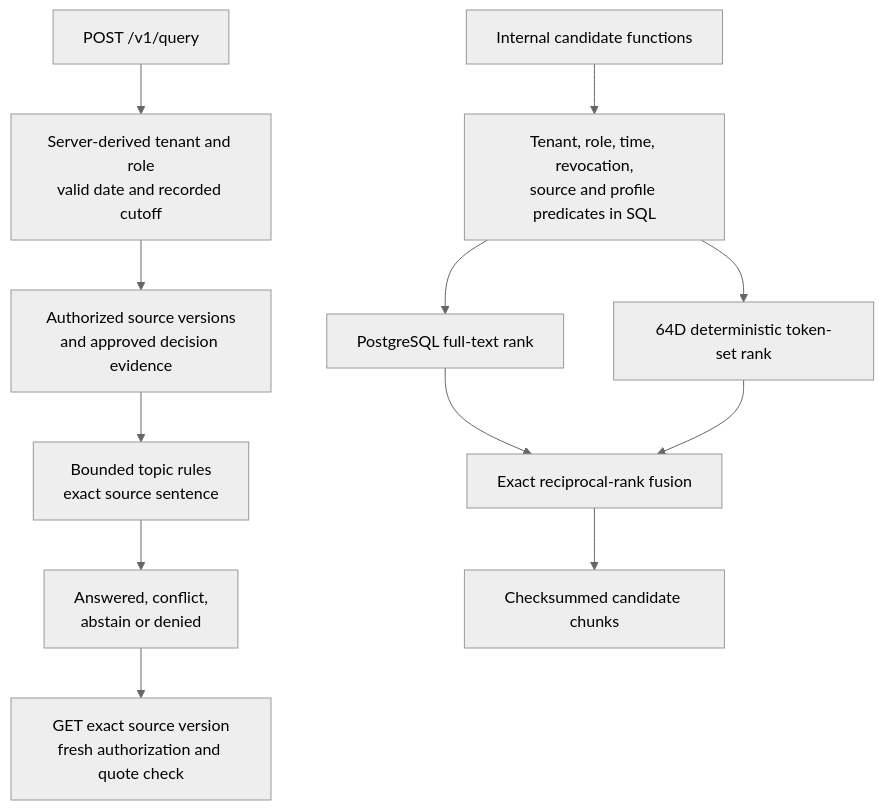
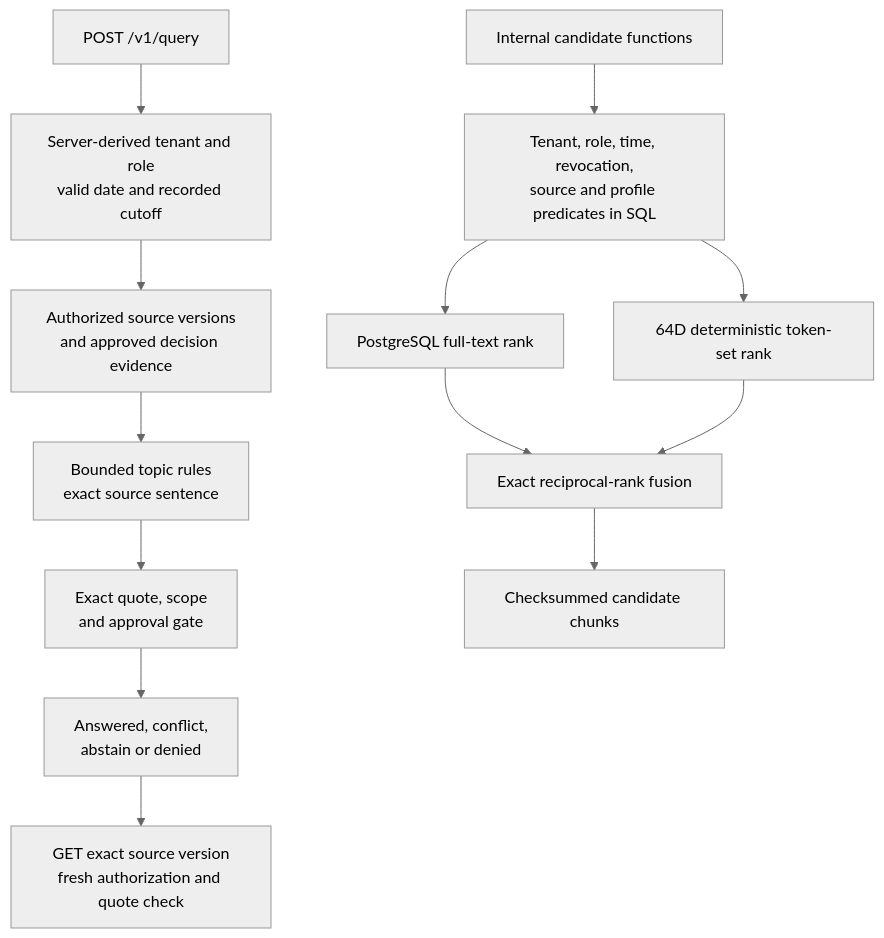
One commit to Preethamreddy29/decisiontrace changed the second of 4 diagrams in docs/release/implementation-reference.md. Above: the diagram before and after it, drawn with Mermaid (neutral theme). The commit also changed other lines of this file and 11 other files, not shown here.

Commit message:
Verify exact citations before answer return and replay

```diff
--- a/docs/release/implementation-reference.md
+++ b/docs/release/implementation-reference.md
@@ -41,15 +41,16 @@
 ~~~mermaid
 flowchart TD
     Q["POST /v1/query"] --> Scope["Server-derived tenant and role<br/>valid date and recorded cutoff"]
     Scope --> Versions["Authorized source versions<br/>and approved decision evidence"]
     Versions --> Resolver["Bounded topic rules<br/>exact source sentence"]
-    Resolver --> Answer["Answered, conflict,<br/>abstain or denied"]
+    Resolver --> Verify["Exact quote, scope<br/>and approval gate"]
+    Verify --> Answer["Answered, conflict,<br/>abstain or denied"]
     Answer --> Citation["GET exact source version<br/>fresh authorization and quote check"]
 
     C["Internal candidate functions"] --> Filter["Tenant, role, time, revocation,<br/>source and profile predicates in SQL"]
     Filter --> FTS["PostgreSQL full-text rank"]
     Filter --> VEC["64D deterministic token-set rank"]
     FTS --> RRF["Exact reciprocal-rank fusion"]
     VEC --> RRF
     RRF --> Candidates["Checksummed candidate chunks"]
 ~~~
```
